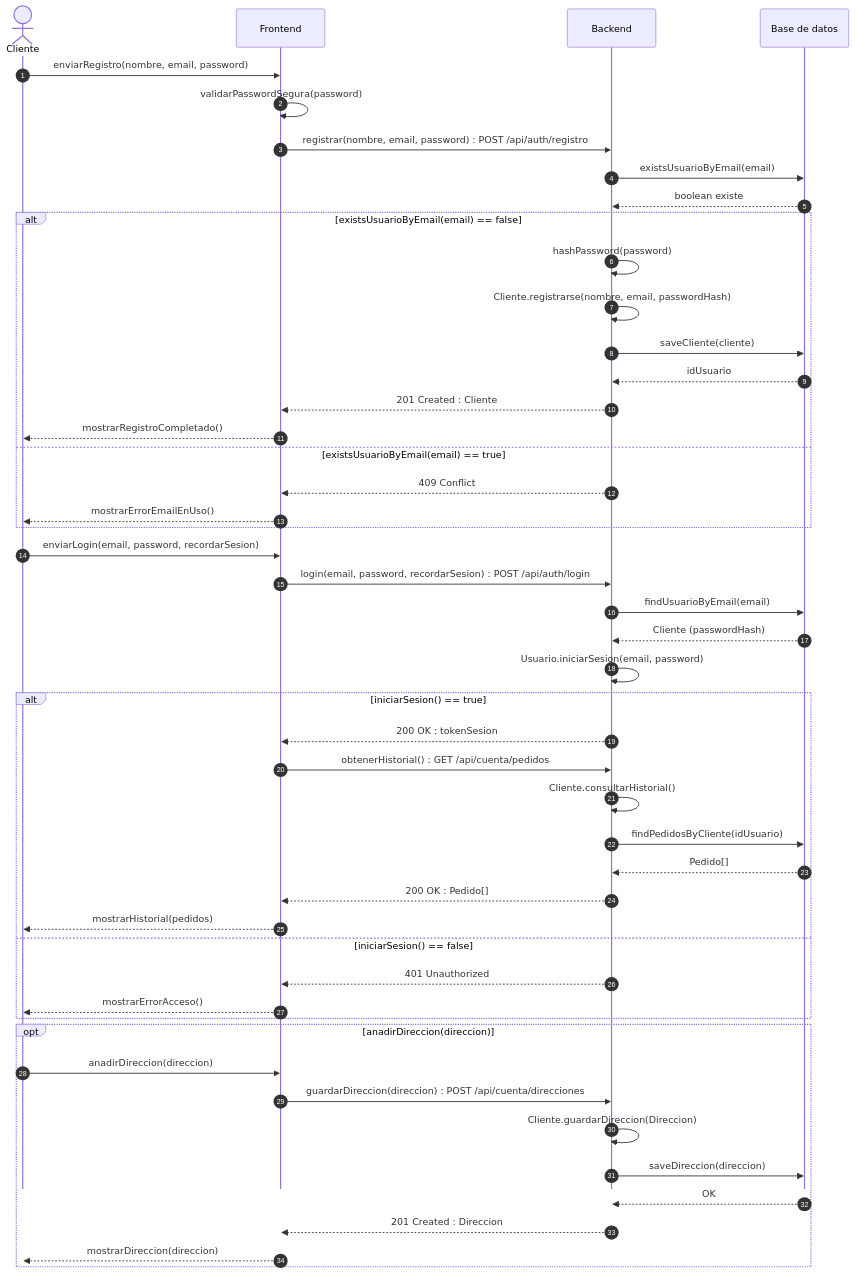
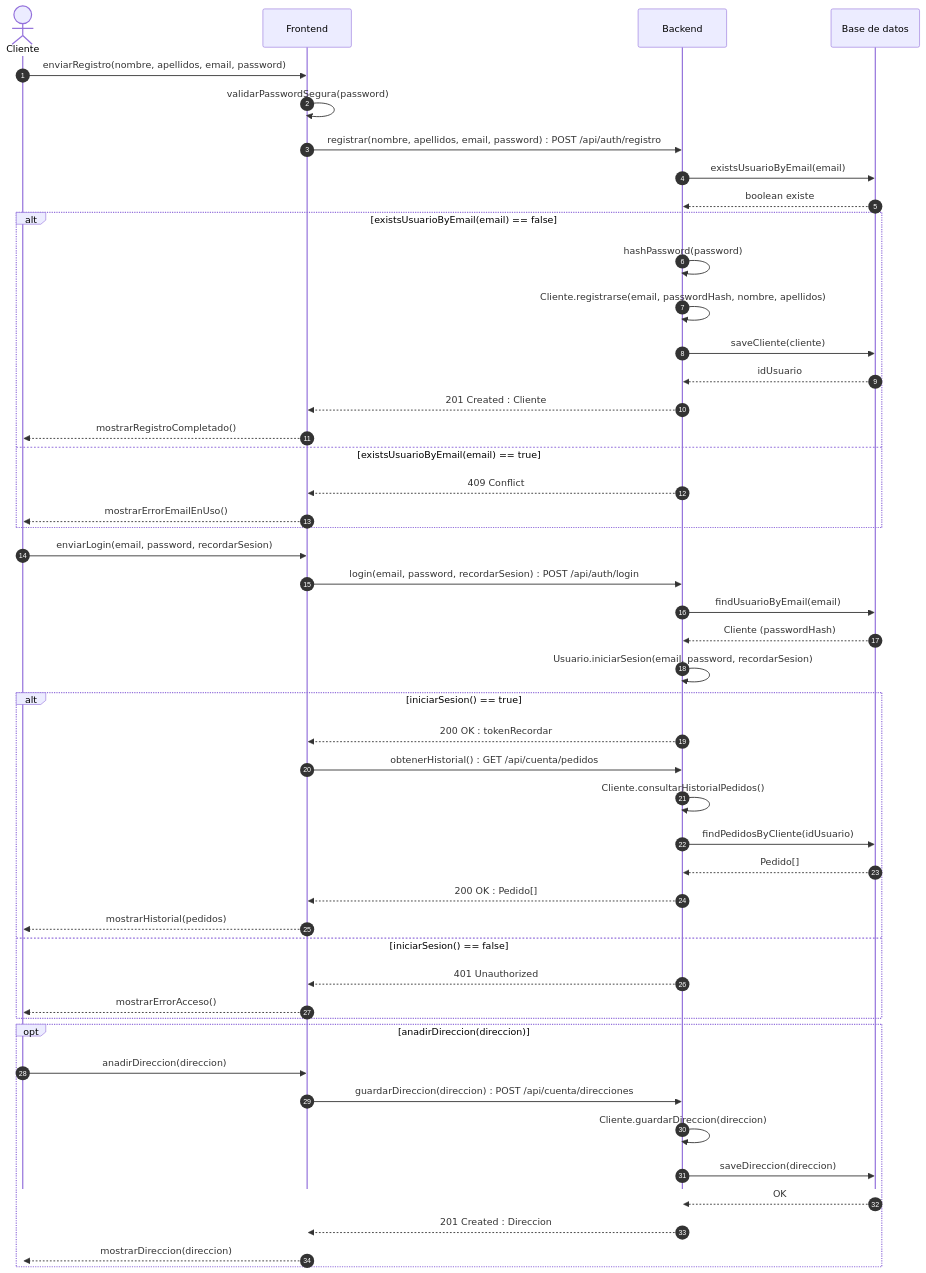
One commit to ajgarciarias10/PR3GPS changed the diagram in Practica3_G11_LaTeX/codigo/sec_us08.mmd. Above: the diagram before and after it, drawn with Mermaid. The commit also changed 27 other files, not shown here.

First line of the commit message:
fix(bloque3): alinear diagramas de secuencia con el diagrama de clases final

```diff
--- a/Practica3_G11_LaTeX/codigo/sec_us08.mmd
+++ b/Practica3_G11_LaTeX/codigo/sec_us08.mmd
@@ -1,49 +1,49 @@
 %%{init: {'sequence': {'mirrorActors': false}}}%%
 sequenceDiagram
     autonumber
     actor U as Cliente
     participant FE as Frontend
     participant BE as Backend
     participant DB as Base de datos
-    U->>FE: enviarRegistro(nombre, email, password)
+    U->>FE: enviarRegistro(nombre, apellidos, email, password)
     FE->>FE: validarPasswordSegura(password)
-    FE->>BE: registrar(nombre, email, password) : POST /api/auth/registro
+    FE->>BE: registrar(nombre, apellidos, email, password) : POST /api/auth/registro
     BE->>DB: existsUsuarioByEmail(email)
     DB-->>BE: boolean existe
     alt existsUsuarioByEmail(email) == false
         BE->>BE: hashPassword(password)
-        BE->>BE: Cliente.registrarse(nombre, email, passwordHash)
+        BE->>BE: Cliente.registrarse(email, passwordHash, nombre, apellidos)
         BE->>DB: saveCliente(cliente)
         DB-->>BE: idUsuario
         BE-->>FE: 201 Created : Cliente
         FE-->>U: mostrarRegistroCompletado()
     else existsUsuarioByEmail(email) == true
         BE-->>FE: 409 Conflict
         FE-->>U: mostrarErrorEmailEnUso()
     end
     U->>FE: enviarLogin(email, password, recordarSesion)
     FE->>BE: login(email, password, recordarSesion) : POST /api/auth/login
     BE->>DB: findUsuarioByEmail(email)
     DB-->>BE: Cliente (passwordHash)
-    BE->>BE: Usuario.iniciarSesion(email, password)
+    BE->>BE: Usuario.iniciarSesion(email, password, recordarSesion)
     alt iniciarSesion() == true
-        BE-->>FE: 200 OK : tokenSesion
+        BE-->>FE: 200 OK : tokenRecordar
         FE->>BE: obtenerHistorial() : GET /api/cuenta/pedidos
-        BE->>BE: Cliente.consultarHistorial()
+        BE->>BE: Cliente.consultarHistorialPedidos()
         BE->>DB: findPedidosByCliente(idUsuario)
         DB-->>BE: Pedido[]
         BE-->>FE: 200 OK : Pedido[]
         FE-->>U: mostrarHistorial(pedidos)
     else iniciarSesion() == false
         BE-->>FE: 401 Unauthorized
         FE-->>U: mostrarErrorAcceso()
     end
     opt anadirDireccion(direccion)
         U->>FE: anadirDireccion(direccion)
         FE->>BE: guardarDireccion(direccion) : POST /api/cuenta/direcciones
-        BE->>BE: Cliente.guardarDireccion(Direccion)
+        BE->>BE: Cliente.guardarDireccion(direccion)
         BE->>DB: saveDireccion(direccion)
         DB-->>BE: OK
         BE-->>FE: 201 Created : Direccion
         FE-->>U: mostrarDireccion(direccion)
     end
```
